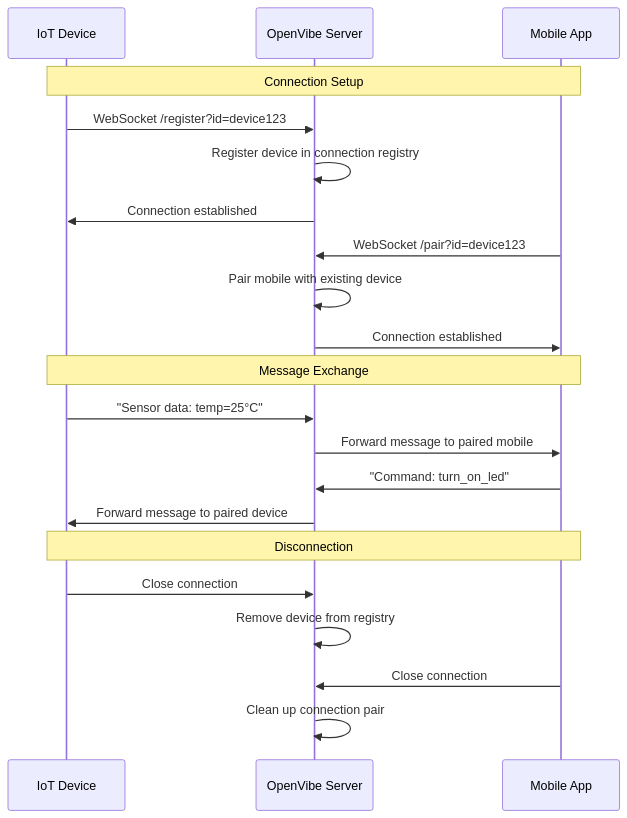
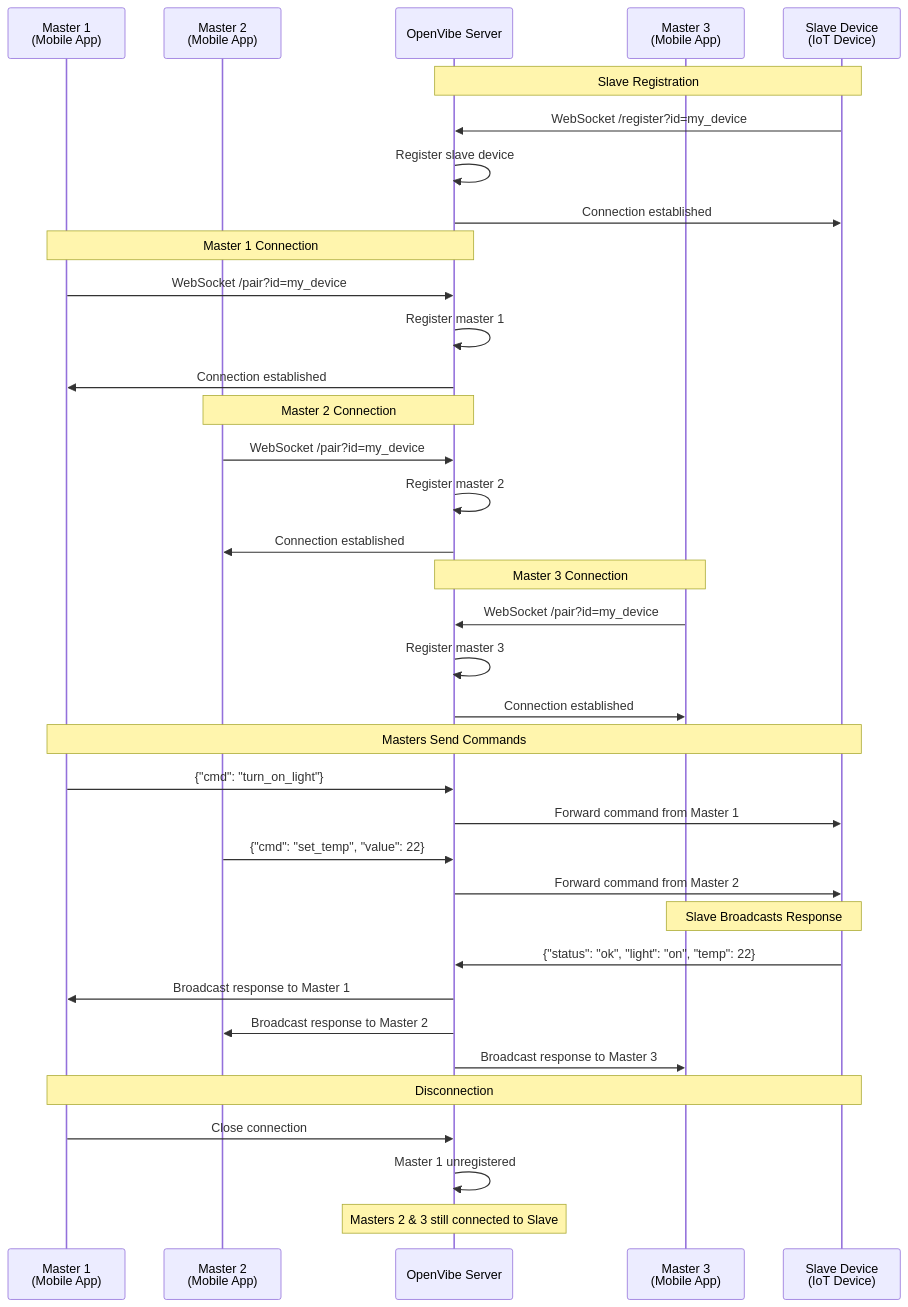
Before and after one commit to OpenVibeProject/OpenVibe-Server: the diagram in README.md, drawn with Mermaid. The commit also changed other lines of this file and 4 other files, not shown here.

Commit message:
n masters can connect to 1 slave

````diff
--- a/README.md
+++ b/README.md
@@ -45,29 +74,46 @@
 ```mermaid
 sequenceDiagram
-    participant D as IoT Device
-    participant S as OpenVibe Server
-    participant M as Mobile App
+    participant M1 as Master 1<br/>(Mobile App)
+    participant M2 as Master 2<br/>(Mobile App)
+    participant SERVER as OpenVibe Server
+    participant M3 as Master 3<br/>(Mobile App)
+    participant S as Slave Device<br/>(IoT Device)
     
-    Note over D,M: Connection Setup
-    D->>S: WebSocket /register?id=device123
-    S->>S: Register device in connection registry
-    S->>D: Connection established
+    Note over S,SERVER: Slave Registration
+    S->>SERVER: WebSocket /register?id=my_device
+    SERVER->>SERVER: Register slave device
+    SERVER->>S: Connection established
     
-    M->>S: WebSocket /pair?id=device123
-    S->>S: Pair mobile with existing device
-    S->>M: Connection established
+    Note over M1,SERVER: Master 1 Connection
+    M1->>SERVER: WebSocket /pair?id=my_device
+    SERVER->>SERVER: Register master 1
+    SERVER->>M1: Connection established
     
-    Note over D,M: Message Exchange
-    D->>S: "Sensor data: temp=25°C"
-    S->>M: Forward message to paired mobile
+    Note over M2,SERVER: Master 2 Connection
+    M2->>SERVER: WebSocket /pair?id=my_device
+    SERVER->>SERVER: Register master 2
+    SERVER->>M2: Connection established
     
-    M->>S: "Command: turn_on_led"
-    S->>D: Forward message to paired device
+    Note over M3,SERVER: Master 3 Connection
+    M3->>SERVER: WebSocket /pair?id=my_device
+    SERVER->>SERVER: Register master 3
+    SERVER->>M3: Connection established
     
-    Note over D,M: Disconnection
-    D->>S: Close connection
-    S->>S: Remove device from registry
+    Note over M1,S: Masters Send Commands
+    M1->>SERVER: {"cmd": "turn_on_light"}
+    SERVER->>S: Forward command from Master 1
     
-    M->>S: Close connection
-    S->>S: Clean up connection pair
+    M2->>SERVER: {"cmd": "set_temp", "value": 22}
+    SERVER->>S: Forward command from Master 2
+    
+    Note over S,M3: Slave Broadcasts Response
+    S->>SERVER: {"status": "ok", "light": "on", "temp": 22}
+    SERVER->>M1: Broadcast response to Master 1
+    SERVER->>M2: Broadcast response to Master 2
+    SERVER->>M3: Broadcast response to Master 3
+    
+    Note over M1,S: Disconnection
+    M1->>SERVER: Close connection
+    SERVER->>SERVER: Master 1 unregistered
+    Note over SERVER: Masters 2 & 3 still connected to Slave
 ```
````
